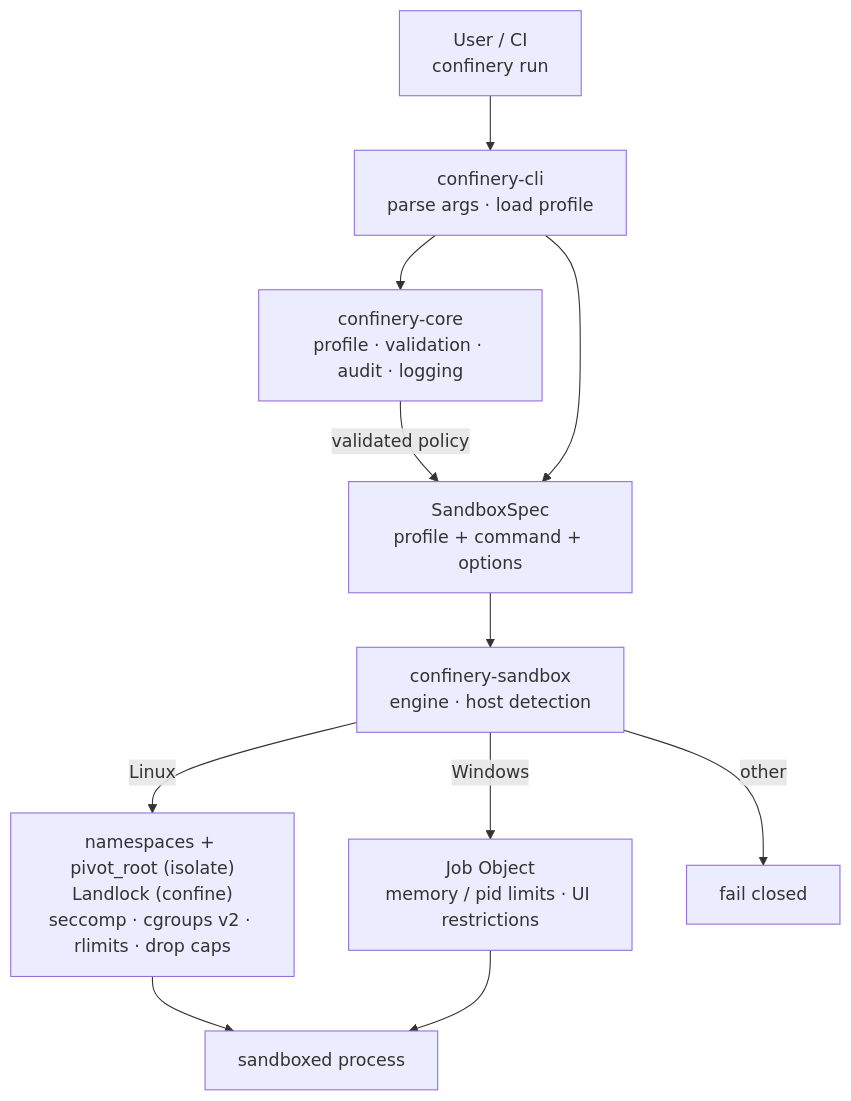
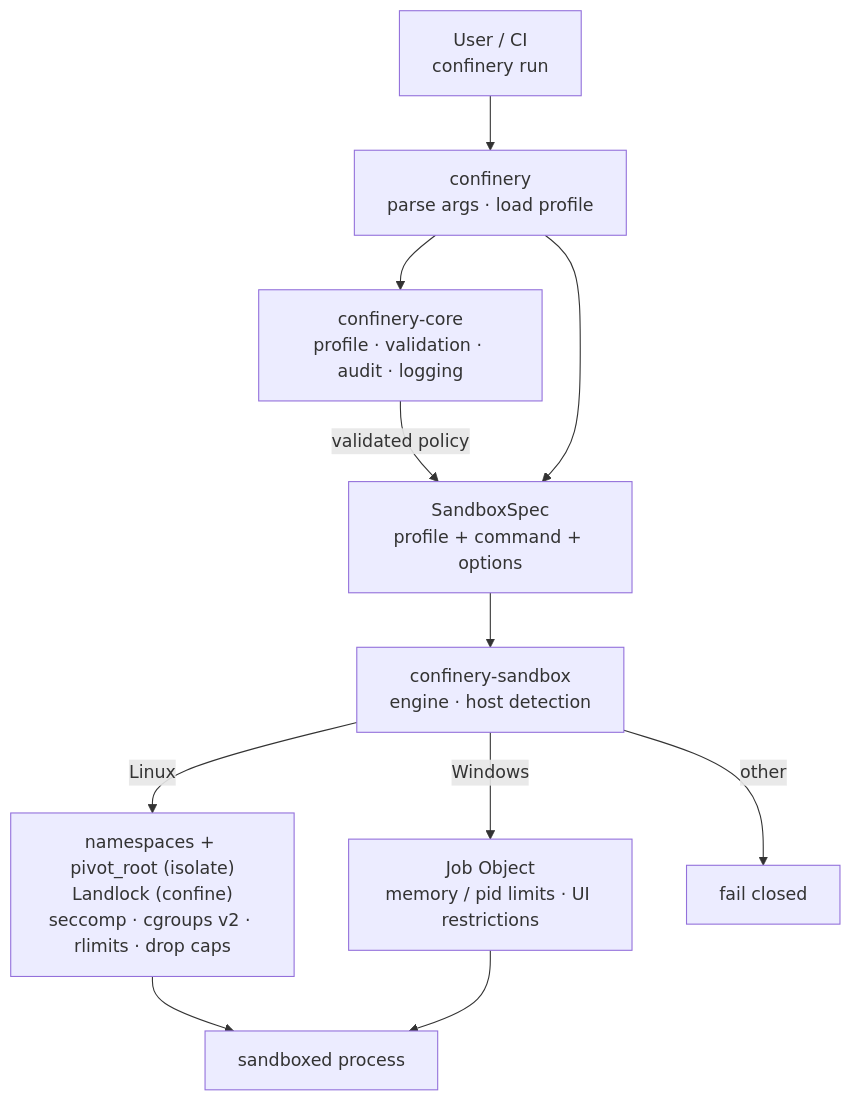
Before and after one commit to confinery/confinery: the diagram in README.md, drawn with Mermaid. The commit also changed other lines of this file and 7 other files, not shown here.

First line of the commit message:
chore(release): update crate-name references for the confinery-cli -> confinery rename

````diff
--- a/README.md
+++ b/README.md
@@ -18,13 +18,13 @@
 ```mermaid
 flowchart TD
-    U["User / CI<br/>confinery run"] --> CLI["confinery-cli<br/>parse args · load profile"]
+    U["User / CI<br/>confinery run"] --> CLI["confinery<br/>parse args · load profile"]
     CLI --> CORE["confinery-core<br/>profile · validation · audit · logging"]
     CORE -->|validated policy| SPEC["SandboxSpec<br/>profile + command + options"]
     CLI --> SPEC
     SPEC --> ENG["confinery-sandbox<br/>engine · host detection"]
     ENG -->|Linux| LX["namespaces + pivot_root (isolate)<br/>Landlock (confine)<br/>seccomp · cgroups v2 · rlimits · drop caps"]
     ENG -->|Windows| WIN["Job Object<br/>memory / pid limits · UI restrictions"]
     ENG -->|other| NO["fail closed"]
     LX --> PROC["sandboxed process"]
     WIN --> PROC
 ```
````
